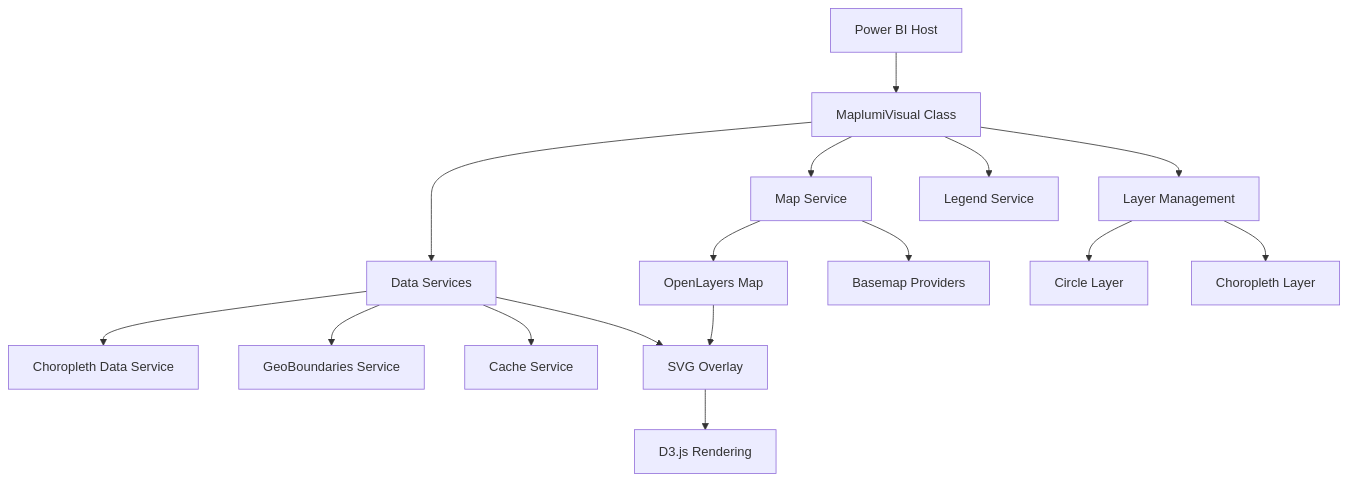
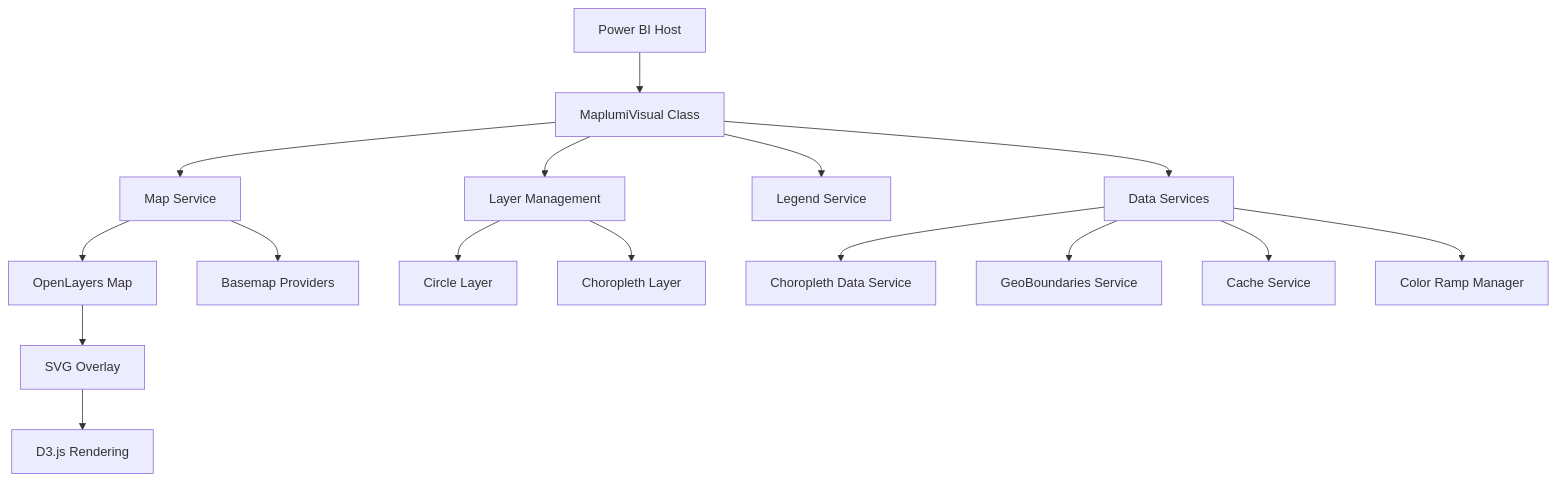
One commit to maplumi/maplumi-pbi changed the first of 2 diagrams in spec/main.md. Above: the diagram before and after it, drawn with Mermaid. The commit also changed other lines of this file, not shown here.

````diff
--- a/spec/main.md
+++ b/spec/main.md
@@ -25,22 +346,22 @@
 ```mermaid
 graph TD
     A[Power BI Host] --> B[MaplumiVisual Class]
     B --> C[Map Service]
     B --> D[Layer Management]
     B --> E[Legend Service]
     B --> F[Data Services]
     
     C --> G[OpenLayers Map]
     C --> H[Basemap Providers]
     
     D --> I[Circle Layer]
     D --> J[Choropleth Layer]
     
     F --> K[Choropleth Data Service]
     F --> L[GeoBoundaries Service]
     F --> M[Cache Service]
     F --> N[Color Ramp Manager]
     
-    G --> N[SVG Overlay]
-    N --> O[D3.js Rendering]
+    G --> O[SVG Overlay]
+    O --> P[D3.js Rendering]
 ```
````
